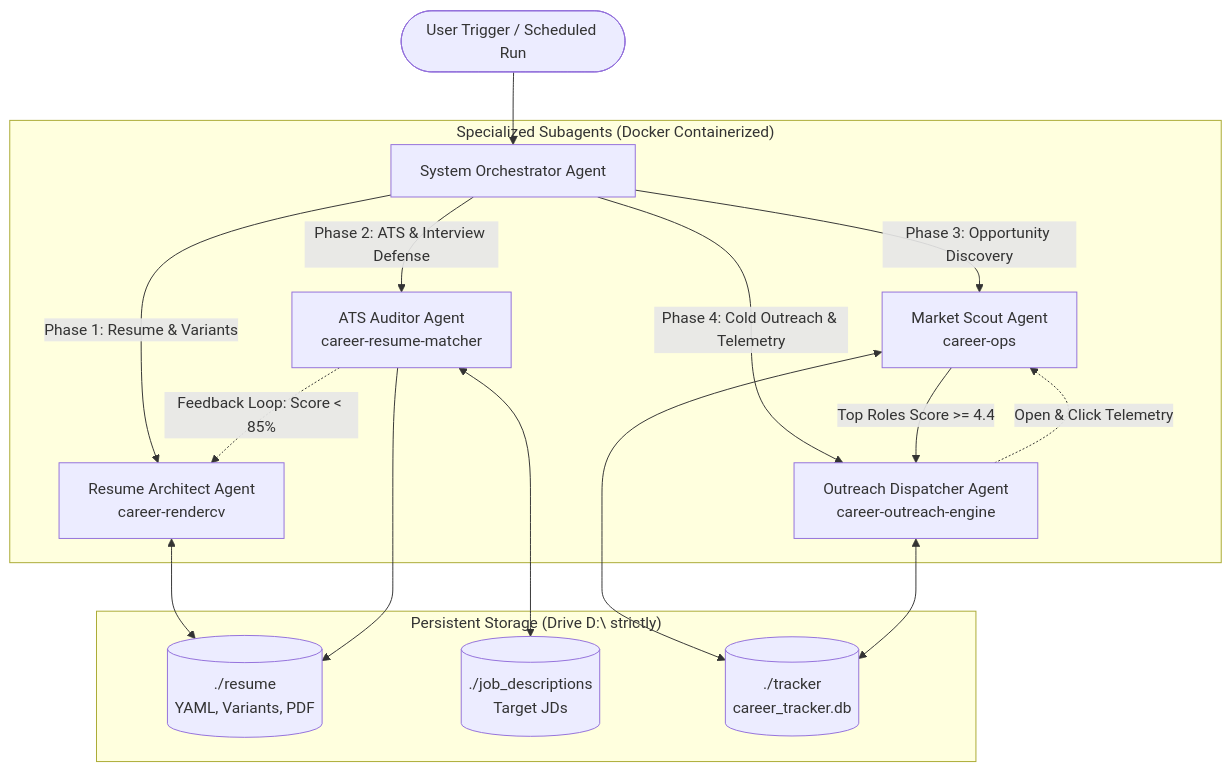
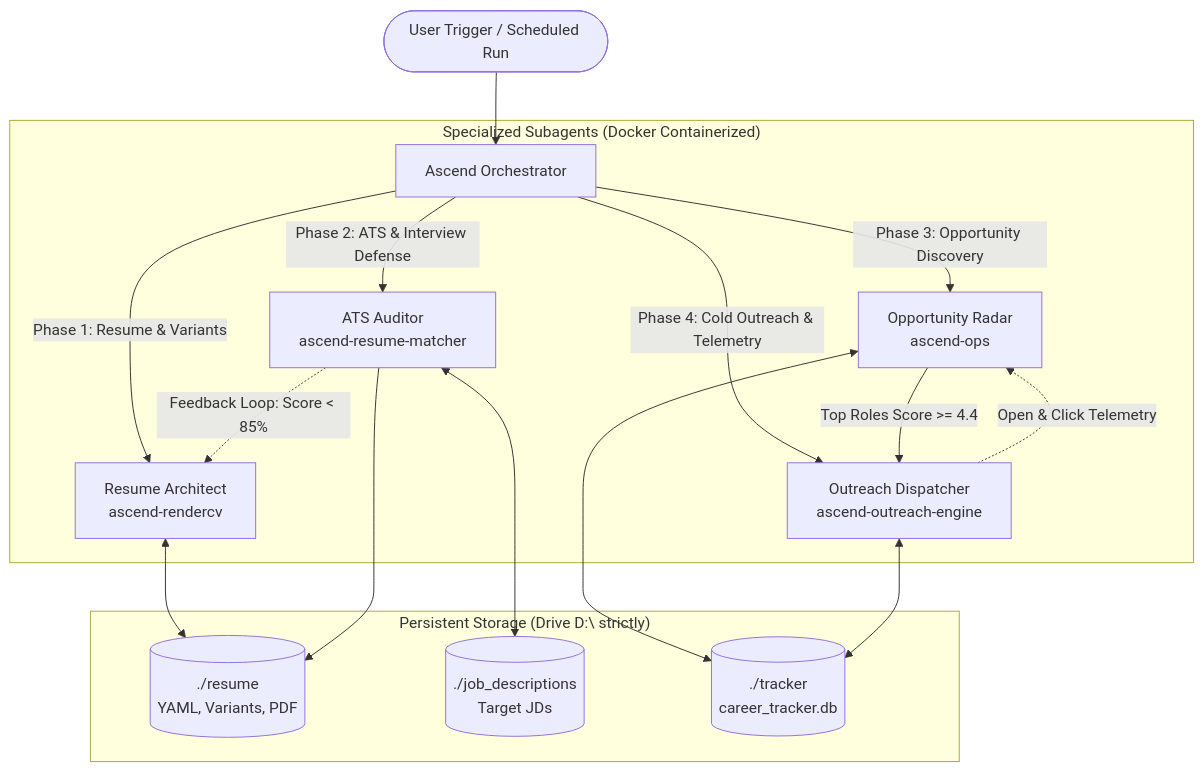
Before and after one commit to nainwalsanju/ascend: the diagram in README.md, drawn with Mermaid. The commit also changed other lines of this file and 7 other files, not shown here.

Commit message:
feat: rebrand project to Ascend - Autonomous SWE Career Acceleration Engine

````diff
--- a/README.md
+++ b/README.md
@@ -42,23 +52,23 @@
 ```mermaid
 graph TD
-    User([User Trigger / Scheduled Run]) --> Orchestrator[System Orchestrator Agent]
+    User([User Trigger / Scheduled Run]) --> Orchestrator[Ascend Orchestrator]
     
     subgraph "Specialized Subagents (Docker Containerized)"
-        Orchestrator -->|Phase 1: Resume & Variants| Agent1[Resume Architect Agent<br/>career-rendercv]
-        Orchestrator -->|Phase 2: ATS & Interview Defense| Agent2[ATS Auditor Agent<br/>career-resume-matcher]
-        Orchestrator -->|Phase 3: Opportunity Discovery| Agent3[Market Scout Agent<br/>career-ops]
-        Orchestrator -->|Phase 4: Cold Outreach & Telemetry| Agent4[Outreach Dispatcher Agent<br/>career-outreach-engine]
+        Orchestrator -->|Phase 1: Resume & Variants| Agent1[Resume Architect<br/>ascend-rendercv]
+        Orchestrator -->|Phase 2: ATS & Interview Defense| Agent2[ATS Auditor<br/>ascend-resume-matcher]
+        Orchestrator -->|Phase 3: Opportunity Discovery| Agent3[Opportunity Radar<br/>ascend-ops]
+        Orchestrator -->|Phase 4: Cold Outreach & Telemetry| Agent4[Outreach Dispatcher<br/>ascend-outreach-engine]
         
         Agent2 -.->|Feedback Loop: Score < 85%| Agent1
         Agent3 -->|Top Roles Score >= 4.4| Agent4
         Agent4 -.->|Open & Click Telemetry| Agent3
     end
 
     subgraph "Persistent Storage (Drive D:\ strictly)"
         Agent1 <--> D1[(./resume<br/>YAML, Variants, PDF)]
         Agent2 <--> D2[(./job_descriptions<br/>Target JDs)]
         Agent2 --> D1
         Agent3 <--> D3[(./tracker<br/>career_tracker.db)]
         Agent4 <--> D3
     end
 ```
````
